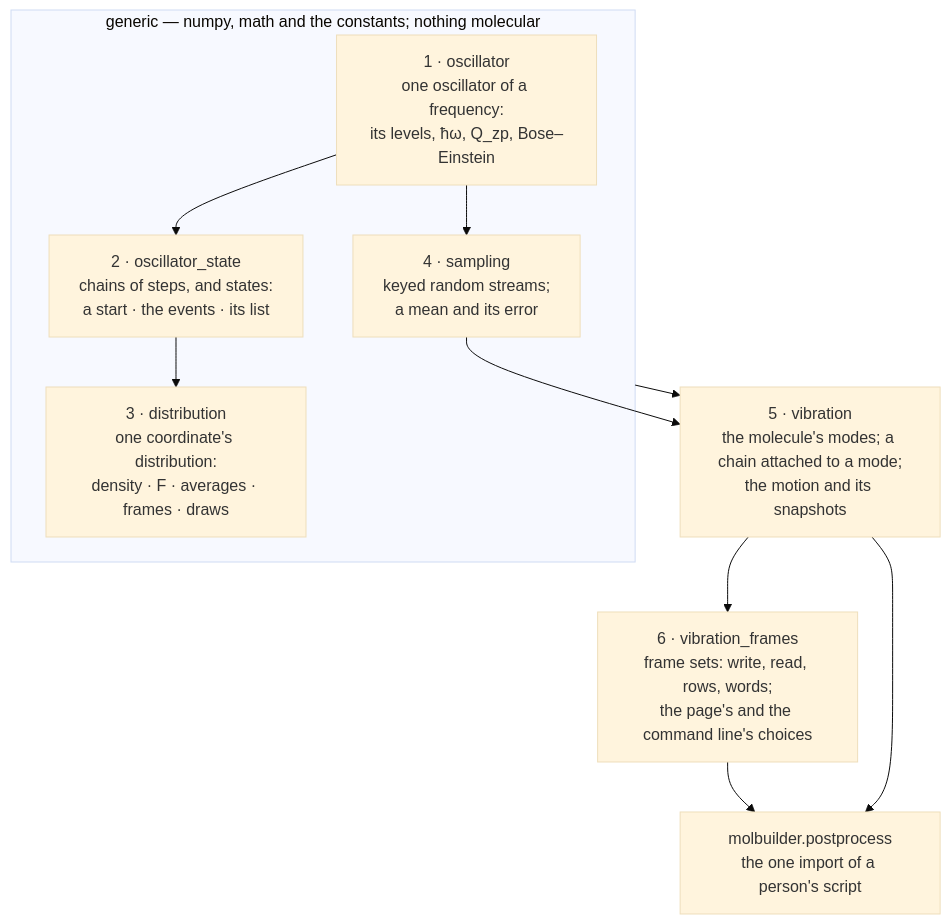
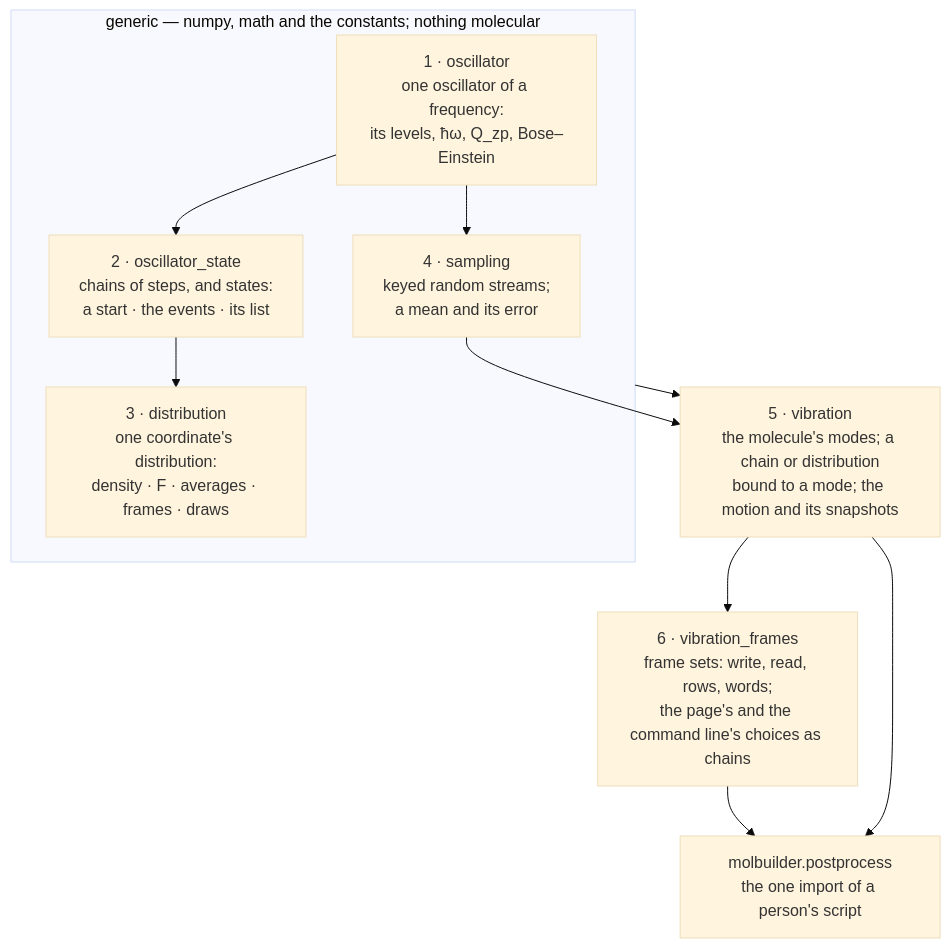
The second of 6 diagrams in docs/engines/vibration-frames.md (Qing-LAB/molbuilder), drawn with Mermaid (base theme) before and after one commit. The commit also changed other lines of this file and 55 other files, not shown here.

````diff
--- a/docs/engines/vibration-frames.md
+++ b/docs/engines/vibration-frames.md
@@ -902,18 +971,18 @@
 ```mermaid
 flowchart TB
     subgraph G["generic — numpy, math and the constants; nothing molecular"]
         O["1 · oscillator<br/>one oscillator of a frequency:<br/>its levels, ħω, Q_zp, Bose–Einstein"]
         S["2 · oscillator_state<br/>chains of steps, and states:<br/>a start · the events · its list"]
         D["3 · distribution<br/>one coordinate's distribution:<br/>density · F · averages · frames · draws"]
         R["4 · sampling<br/>keyed random streams;<br/>a mean and its error"]
         O --> S --> D
         O --> R
     end
-    V["5 · vibration<br/>the molecule's modes; a chain attached to a mode;<br/>the motion and its snapshots"]
-    F["6 · vibration_frames<br/>frame sets: write, read, rows, words;<br/>the page's and the command line's choices"]
+    V["5 · vibration<br/>the molecule's modes; a chain or distribution<br/>bound to a mode; the motion and its snapshots"]
+    F["6 · vibration_frames<br/>frame sets: write, read, rows, words;<br/>the page's and the command line's choices as chains"]
     P["molbuilder.postprocess<br/>the one import of a person's script"]
     G --> V --> F
     R --> V
     F --> P
     V --> P
 ```
````
